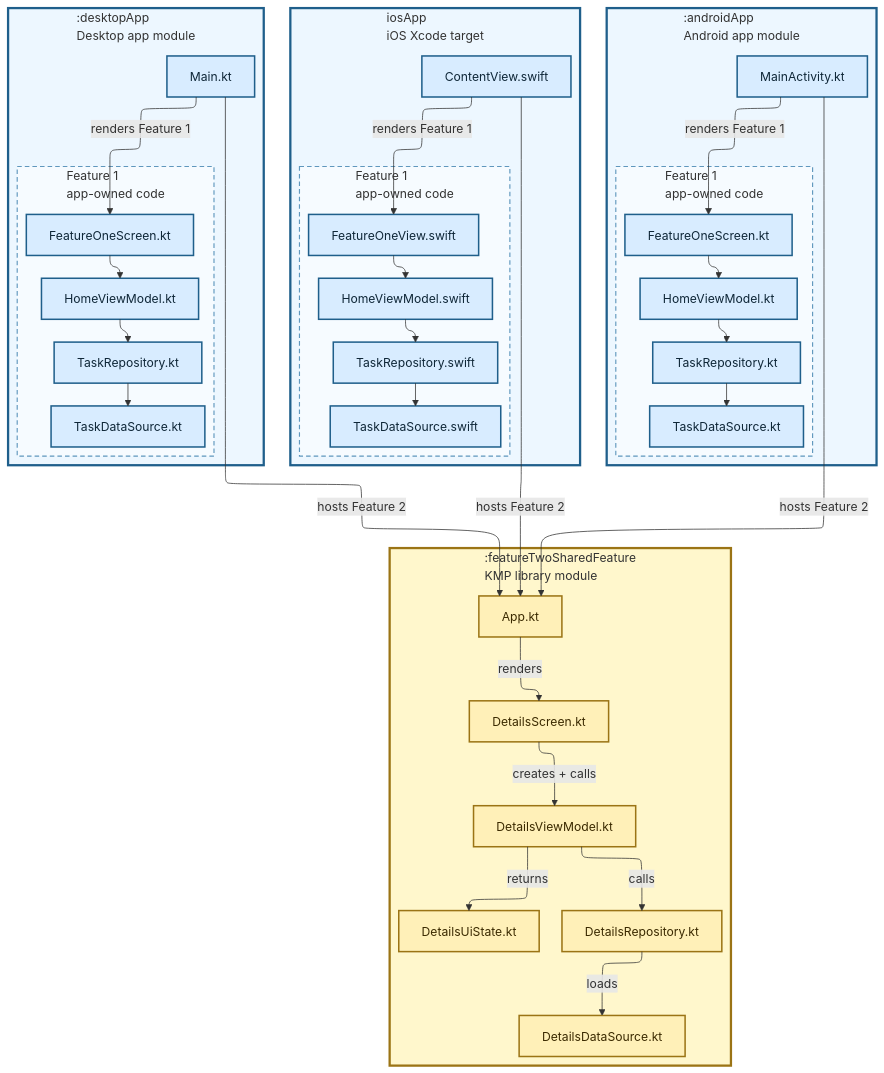
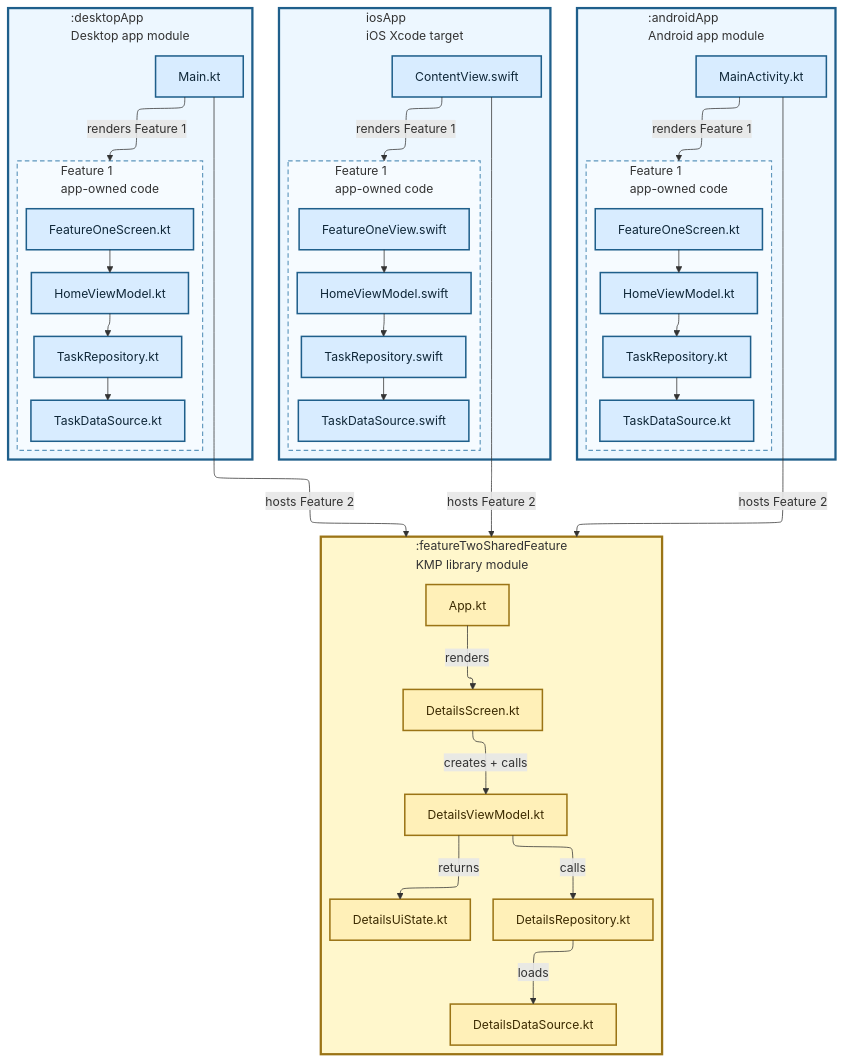
The diagram in diagrams/14-modular-kmp-shared-feature.md (TheSetox/kmp-sample-diagrams), drawn with Mermaid before and after one commit. The commit also changed 38 other files, not shown here.

Commit message:
docs: clarify diagram typography and routing

````diff
--- a/diagrams/14-modular-kmp-shared-feature.md
+++ b/diagrams/14-modular-kmp-shared-feature.md
@@ -5,81 +5,81 @@
 ```mermaid
 ---
 config:
   layout: elk
   elk:
     nodePlacementStrategy: LINEAR_SEGMENTS
 ---
 flowchart TB
   subgraph Android[":androidApp\nAndroid app module"]
     direction TB
     AEntry["MainActivity.kt"]
     subgraph AFeatureOne["Feature 1\napp-owned code"]
       direction TB
       AHomeUI["FeatureOneScreen.kt"]
       AHomeVM["HomeViewModel.kt"]
       ATaskRepository["TaskRepository.kt"]
       ATaskDataSource["TaskDataSource.kt"]
       AHomeUI --> AHomeVM --> ATaskRepository --> ATaskDataSource
     end
-    AEntry -->|"renders Feature 1"| AHomeUI
+    AEntry -->|"renders Feature 1"| AFeatureOne
   end
 
   subgraph IOS["iosApp\niOS Xcode target"]
     direction TB
     IEntry["ContentView.swift"]
     subgraph IFeatureOne["Feature 1\napp-owned code"]
       direction TB
       IHomeUI["FeatureOneView.swift"]
       IHomeVM["HomeViewModel.swift"]
       ITaskRepository["TaskRepository.swift"]
       ITaskDataSource["TaskDataSource.swift"]
       IHomeUI --> IHomeVM --> ITaskRepository --> ITaskDataSource
     end
-    IEntry -->|"renders Feature 1"| IHomeUI
+    IEntry -->|"renders Feature 1"| IFeatureOne
   end
 
   subgraph Desktop[":desktopApp\nDesktop app module"]
     direction TB
     DEntry["Main.kt"]
     subgraph DFeatureOne["Feature 1\napp-owned code"]
       direction TB
       DHomeUI["FeatureOneScreen.kt"]
       DHomeVM["HomeViewModel.kt"]
       DTaskRepository["TaskRepository.kt"]
       DTaskDataSource["TaskDataSource.kt"]
       DHomeUI --> DHomeVM --> DTaskRepository --> DTaskDataSource
     end
-    DEntry -->|"renders Feature 1"| DHomeUI
+    DEntry -->|"renders Feature 1"| DFeatureOne
   end
 
   subgraph KMP[":featureTwoSharedFeature\nKMP library module"]
     direction TB
     App["App.kt"]
     Screen["DetailsScreen.kt"]
     State["DetailsUiState.kt"]
     VM["DetailsViewModel.kt"]
     Repository["DetailsRepository.kt"]
     DataSource["DetailsDataSource.kt"]
     App -->|"renders"| Screen
     Screen -->|"creates + calls"| VM
     VM -->|"calls"| Repository
     Repository -->|"loads"| DataSource
     VM -->|"returns"| State
   end
 
-  DEntry -->|"hosts Feature 2"| App
-  IEntry -->|"hosts Feature 2"| App
-  AEntry -->|"hosts Feature 2"| App
+  DEntry -->|"hosts Feature 2"| KMP
+  IEntry -->|"hosts Feature 2"| KMP
+  AEntry -->|"hosts Feature 2"| KMP
 
   classDef app fill:#d8ecff,stroke:#1f5f8b,color:#0f2738,stroke-width:2px;
   classDef kmp fill:#fff0b8,stroke:#9b7415,color:#3b2a00,stroke-width:2px;
   class AEntry,AHomeUI,AHomeVM,ATaskRepository,ATaskDataSource,IEntry,IHomeUI,IHomeVM,ITaskRepository,ITaskDataSource,DEntry,DHomeUI,DHomeVM,DTaskRepository,DTaskDataSource app;
   class App,Screen,State,VM,Repository,DataSource kmp;
   style Android fill:#edf7ff,stroke:#1f5f8b,stroke-width:3px
   style IOS fill:#edf7ff,stroke:#1f5f8b,stroke-width:3px
   style Desktop fill:#edf7ff,stroke:#1f5f8b,stroke-width:3px
   style AFeatureOne fill:#f6fbff,stroke:#5f97bd,stroke-width:1.5px,stroke-dasharray:6 4
   style IFeatureOne fill:#f6fbff,stroke:#5f97bd,stroke-width:1.5px,stroke-dasharray:6 4
   style DFeatureOne fill:#f6fbff,stroke:#5f97bd,stroke-width:1.5px,stroke-dasharray:6 4
   style KMP fill:#fff7cc,stroke:#9b7415,stroke-width:3px
 ```
````
